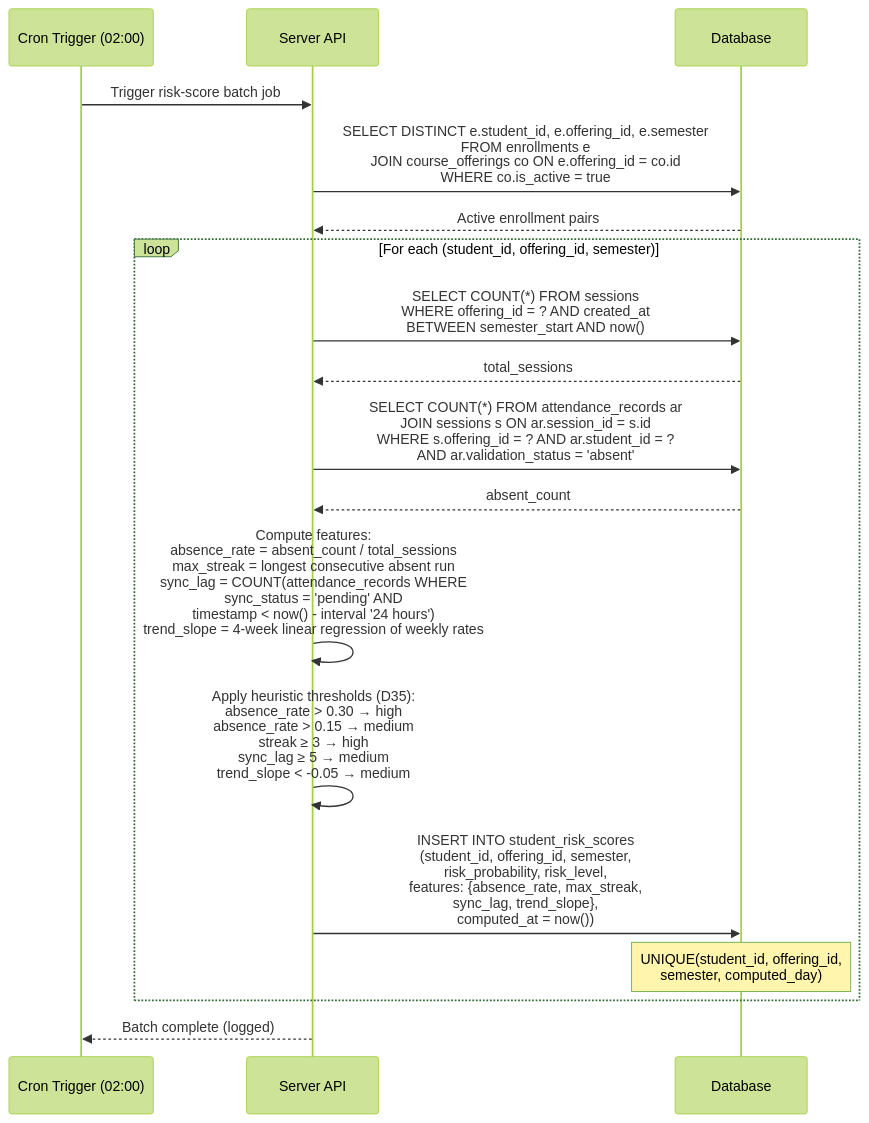
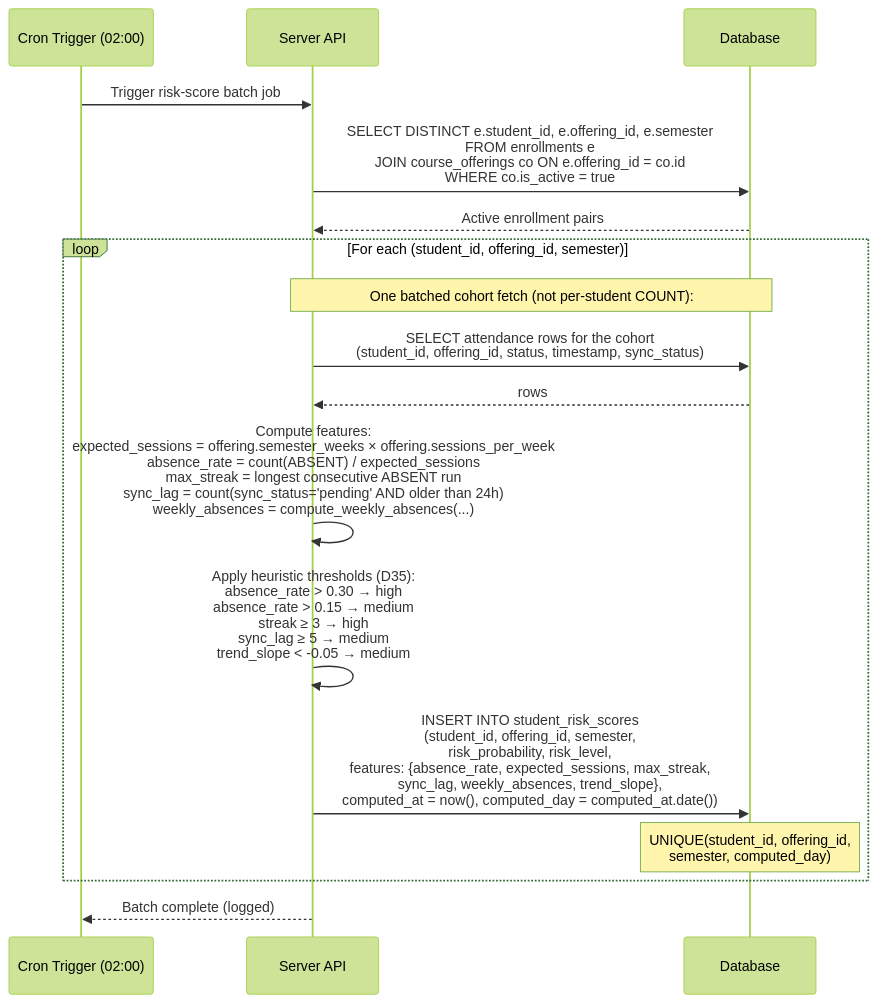
Before and after one commit to dhenji/qr_based_attendance_system: the sixth of 7 diagrams in docs/architecture/data-flow.md, drawn with Mermaid (forest theme). The commit also changed other lines of this file and 3 other files, not shown here.

````diff
--- a/docs/architecture/data-flow.md
+++ b/docs/architecture/data-flow.md
@@ -198,28 +197,26 @@
 ```mermaid
 sequenceDiagram
     participant CRON as Cron Trigger (02:00)
     participant API as Server API
     participant DB as Database
 
     CRON->>API: Trigger risk-score batch job
 
     API->>DB: SELECT DISTINCT e.student_id, e.offering_id, e.semester<br>FROM enrollments e<br>JOIN course_offerings co ON e.offering_id = co.id<br>WHERE co.is_active = true
     DB-->>API: Active enrollment pairs
 
     loop For each (student_id, offering_id, semester)
-        API->>DB: SELECT COUNT(*) FROM sessions<br>WHERE offering_id = ? AND created_at<br>BETWEEN semester_start AND now()
-        DB-->>API: total_sessions
+        Note over API,DB: One batched cohort fetch (not per-student COUNT):
+        API->>DB: SELECT attendance rows for the cohort<br>(student_id, offering_id, status, timestamp, sync_status)
+        DB-->>API: rows
 
-        API->>DB: SELECT COUNT(*) FROM attendance_records ar<br>JOIN sessions s ON ar.session_id = s.id<br>WHERE s.offering_id = ? AND ar.student_id = ?<br>AND ar.validation_status = 'absent'
-        DB-->>API: absent_count
-
-        API->>API: Compute features:<br>absence_rate = absent_count / total_sessions<br>max_streak = longest consecutive absent run<br>sync_lag = COUNT(attendance_records WHERE<br>sync_status = 'pending' AND<br>timestamp < now() - interval '24 hours')<br>trend_slope = 4-week linear regression of weekly rates
+        API->>API: Compute features:<br>expected_sessions = offering.semester_weeks × offering.sessions_per_week<br>absence_rate = count(ABSENT) / expected_sessions<br>max_streak = longest consecutive ABSENT run<br>sync_lag = count(sync_status='pending' AND older than 24h)<br>weekly_absences = compute_weekly_absences(...)  # counts per ISO week<br>trend_slope = 4-week linear regression of weekly_absences
 
         API->>API: Apply heuristic thresholds (D35):<br>absence_rate > 0.30 → high<br>absence_rate > 0.15 → medium<br>streak ≥ 3 → high<br>sync_lag ≥ 5 → medium<br>trend_slope < -0.05 → medium
 
-        API->>DB: INSERT INTO student_risk_scores<br>(student_id, offering_id, semester,<br>risk_probability, risk_level,<br>features: {absence_rate, max_streak,<br>sync_lag, trend_slope},<br>computed_at = now())
+        API->>DB: INSERT INTO student_risk_scores<br>(student_id, offering_id, semester,<br>risk_probability, risk_level,<br>features: {absence_rate, expected_sessions, max_streak,<br>sync_lag, weekly_absences, trend_slope},<br>computed_at = now(), computed_day = computed_at.date())
         Note over DB: UNIQUE(student_id, offering_id,<br>semester, computed_day)
     end
 
     API-->>CRON: Batch complete (logged)
 ```
````
